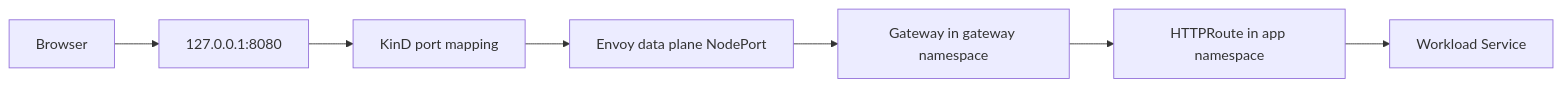
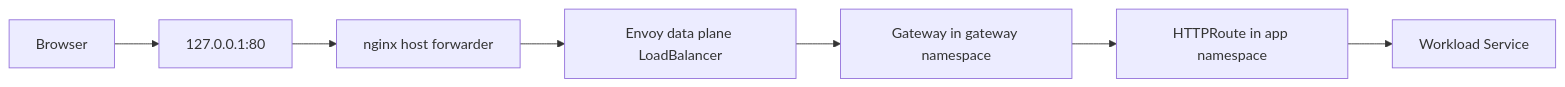
One commit to Ithamir/backstage-k8s-full changed the diagram in charts/platform/edge-gateway/docs/index.md. Above: the diagram before and after it, drawn with Mermaid. The commit also changed other lines of this file and 27 other files, not shown here.

First line of the commit message:
RALPH: migrate local exposure to LoadBalancer for PRD #136 issue #137

````diff
--- a/charts/platform/edge-gateway/docs/index.md
+++ b/charts/platform/edge-gateway/docs/index.md
@@ -9,9 +9,9 @@
 ```mermaid
 flowchart LR
-  browser[Browser] --> host[127.0.0.1:8080]
-  host --> kind[KinD port mapping]
-  kind --> nodeport[Envoy data plane NodePort]
-  nodeport --> gateway[Gateway in gateway namespace]
+  browser[Browser] --> host[127.0.0.1:80]
+  host --> nginx[nginx host forwarder]
+  nginx --> lb[Envoy data plane LoadBalancer]
+  lb --> gateway[Gateway in gateway namespace]
   gateway --> route[HTTPRoute in app namespace]
   route --> service[Workload Service]
 ```
````
